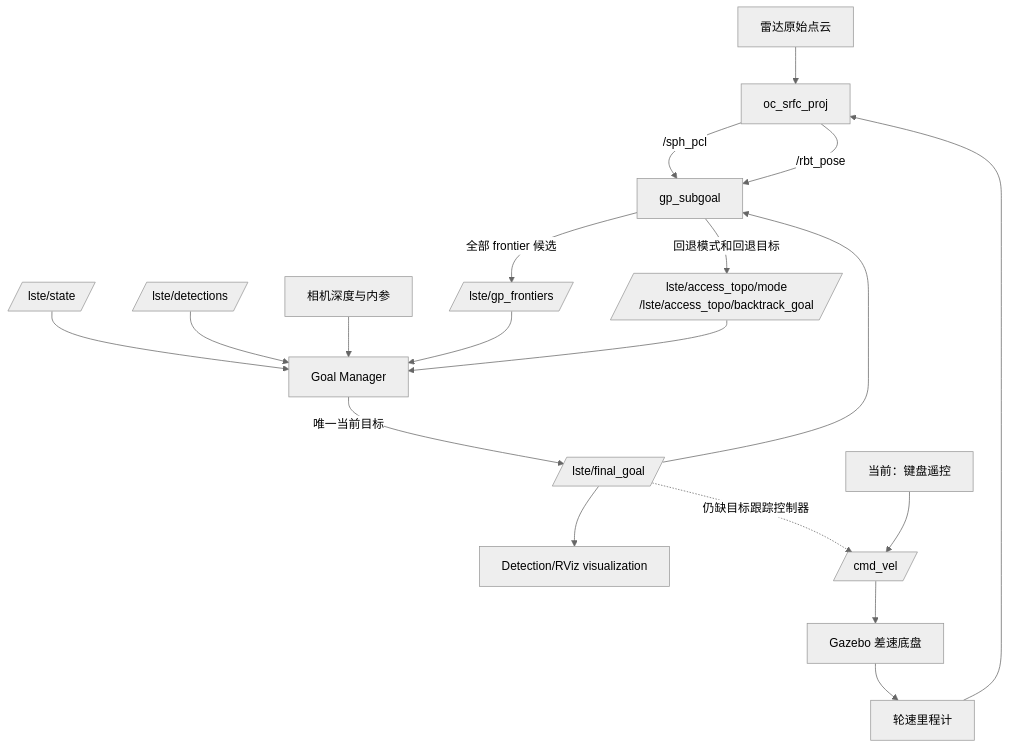
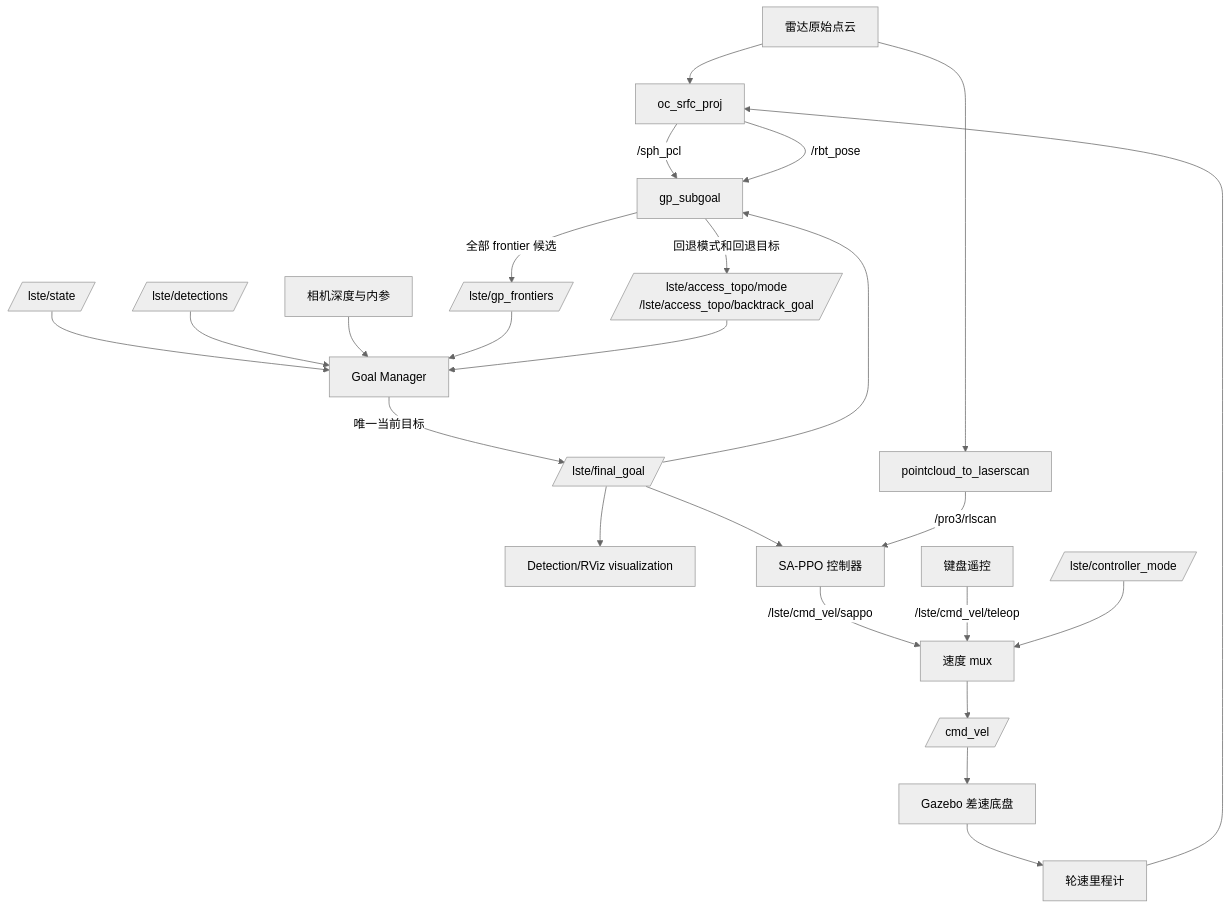
Before and after one commit to lumole/lste_ws: the first of 3 diagrams in docs/gp_subgoal_business_flow.md, drawn with Mermaid (neutral theme). The commit also changed other lines of this file and 59 other files, not shown here.

Commit message:
feat: integrate SA-PPO controller workflow

````diff
--- a/docs/gp_subgoal_business_flow.md
+++ b/docs/gp_subgoal_business_flow.md
@@ -6,26 +6,31 @@
 ```mermaid
 flowchart TD
     lidar[雷达原始点云] --> projector[oc_srfc_proj]
     odom[轮速里程计] --> projector
     projector -->|/sph_pcl| gp[gp_subgoal]
     projector -->|/rbt_pose| gp
 
     state[/lste/state/] --> manager[Goal Manager]
     detections[/lste/detections/] --> manager
     depth[相机深度与内参] --> manager
 
     gp -->|全部 frontier 候选| frontiers[/lste/gp_frontiers/]
     frontiers --> manager
 
     gp -->|回退模式和回退目标| topo[/lste/access_topo/mode\n/lste/access_topo/backtrack_goal/]
     topo --> manager
 
     manager -->|唯一当前目标| final[/lste/final_goal/]
     final --> gp
     final --> vis[Detection/RViz visualization]
 
-    final -. 仍缺目标跟踪控制器 .-> cmd[/cmd_vel/]
-    teleop[当前：键盘遥控] --> cmd
+    final --> rl[SA-PPO 控制器]
+    lidar --> scan[pointcloud_to_laserscan]
+    scan -->|/pro3/rlscan| rl
+    rl -->|/lste/cmd_vel/sappo| mux[速度 mux]
+    teleop[键盘遥控] -->|/lste/cmd_vel/teleop| mux
+    mode[/lste/controller_mode/] --> mux
+    mux --> cmd[/cmd_vel/]
     cmd --> base[Gazebo 差速底盘]
     base --> odom
 ```
````
